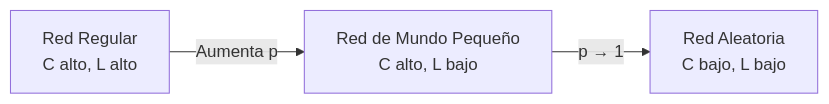
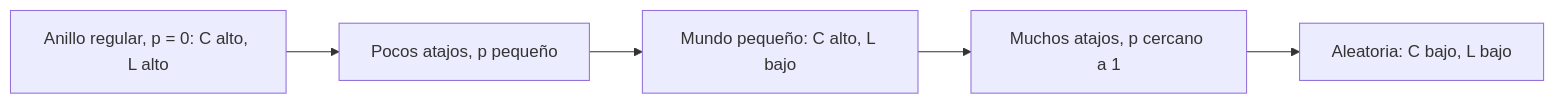
The diagram in public/documents/semester-5/2/5231.md (djaimej/computer-science-template), drawn with Mermaid before and after one commit. The commit also changed other lines of this file and 2 other files, not shown here.

````diff
--- a/public/documents/semester-5/2/5231.md
+++ b/public/documents/semester-5/2/5231.md
@@ -78,9 +42,7 @@
 ```mermaid
-graph LR
-    A[Red Regular<br/>C alto, L alto] -->|Aumenta p| B[Red de Mundo Pequeño<br/>C alto, L bajo]
-    B -->|p → 1| C[Red Aleatoria<br/>C bajo, L bajo]
-
-    A:::lazuli
-    B:::orange
-    C:::inchworm
+flowchart LR
+    A["Anillo regular, p = 0: C alto, L alto"] --> B["Pocos atajos, p pequeño"]
+    B --> C["Mundo pequeño: C alto, L bajo"]
+    C --> D["Muchos atajos, p cercano a 1"]
+    D --> E["Aleatoria: C bajo, L bajo"]
 ```
````
